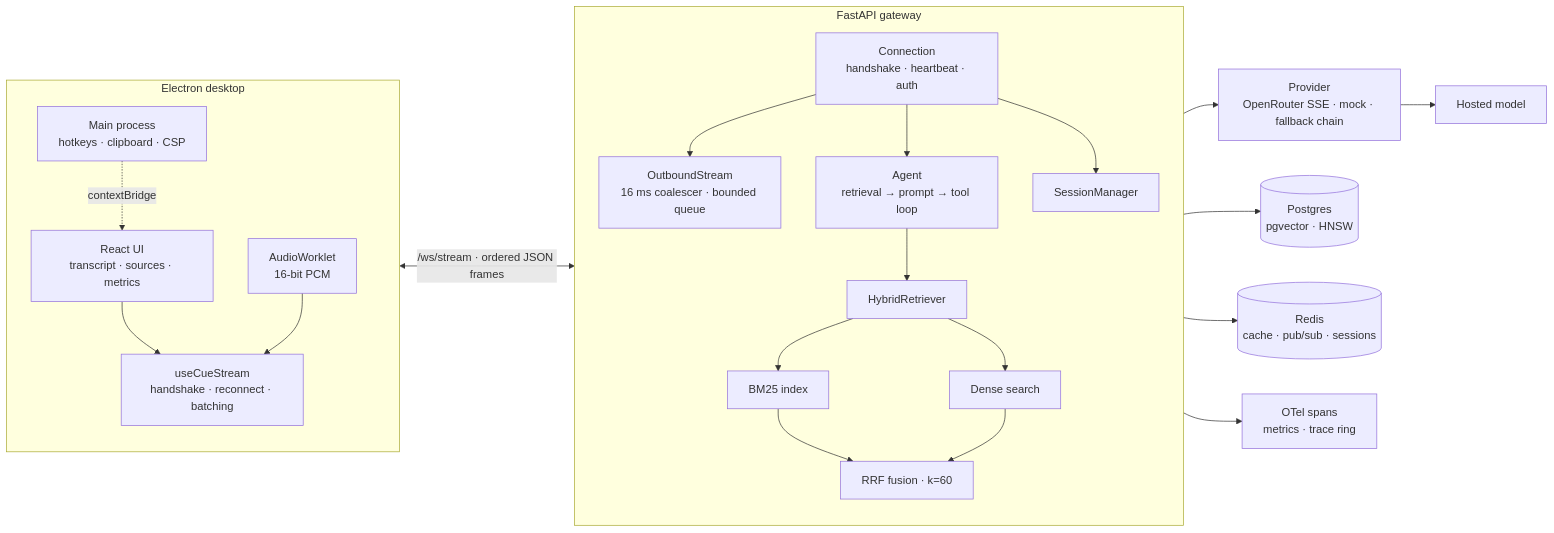
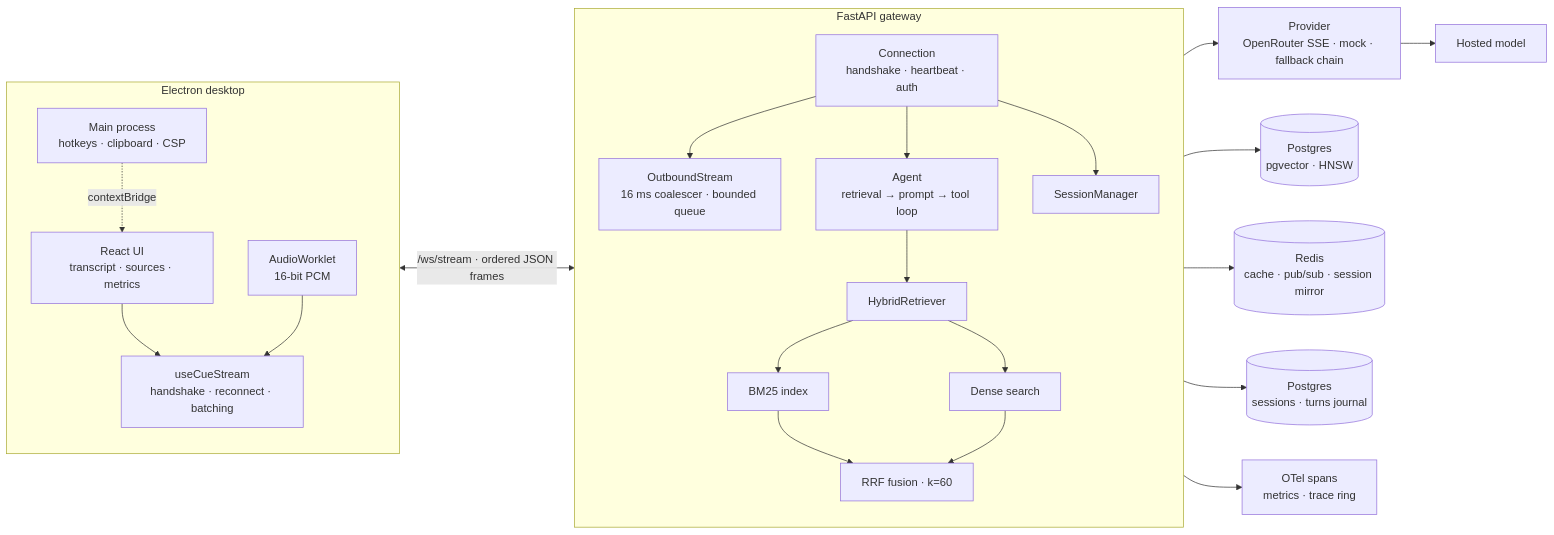
The first of 2 diagrams in README.md (Mahnoor-Zaffar/CuePilot-Real-Time-Hybrid-Autonomous-Assistant), drawn with Mermaid before and after one commit. The commit also changed other lines of this file and 15 other files, not shown here.

First line of the commit message:
feat: durable session journal behind a write-behind queue

````diff
--- a/README.md
+++ b/README.md
@@ -43,42 +43,43 @@
 ```mermaid
 flowchart LR
   subgraph Client["Electron desktop"]
     direction TB
     UI["React UI<br/>transcript · sources · metrics"]
     Hook["useCueStream<br/>handshake · reconnect · batching"]
     Mic["AudioWorklet<br/>16-bit PCM"]
     Main["Main process<br/>hotkeys · clipboard · CSP"]
     UI --> Hook
     Mic --> Hook
     Main -. contextBridge .-> UI
   end
 
   Hook <-->|"/ws/stream · ordered JSON frames"| WS
 
   subgraph Gateway["FastAPI gateway"]
     direction TB
     WS["Connection<br/>handshake · heartbeat · auth"]
     Out["OutboundStream<br/>16 ms coalescer · bounded queue"]
     Agent["Agent<br/>retrieval → prompt → tool loop"]
     Retriever["HybridRetriever"]
     BM25["BM25 index"]
     Dense["Dense search"]
     RRF["RRF fusion · k=60"]
     Sessions["SessionManager"]
 
     WS --> Out
     WS --> Agent
     Agent --> Retriever
     Retriever --> BM25
     Retriever --> Dense
     BM25 --> RRF
     Dense --> RRF
     WS --> Sessions
   end
 
   Agent --> Provider["Provider<br/>OpenRouter SSE · mock · fallback chain"]
   Provider --> LLM["Hosted model"]
   Dense --> PG[("Postgres<br/>pgvector · HNSW")]
-  Sessions --> Redis[("Redis<br/>cache · pub/sub · sessions")]
+  Sessions --> Redis[("Redis<br/>cache · pub/sub · session mirror")]
+  Sessions --> Journal[("Postgres<br/>sessions · turns journal")]
   Gateway --> Telemetry["OTel spans<br/>metrics · trace ring"]
 ```
````
